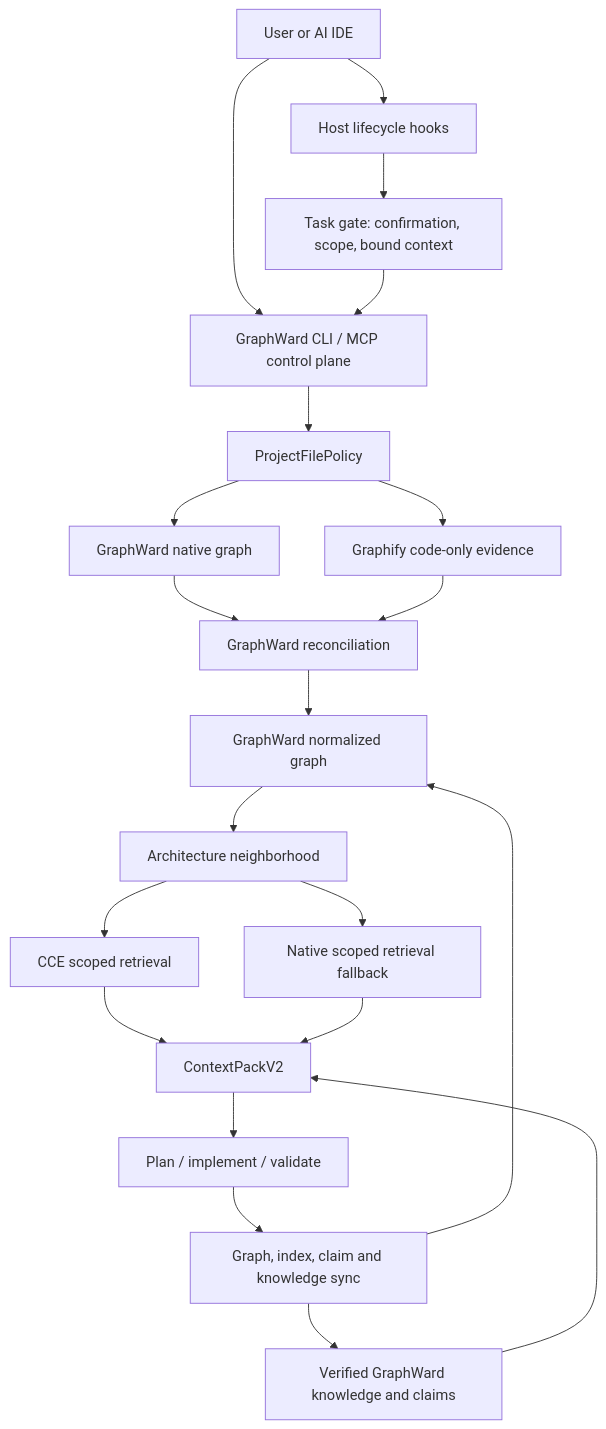
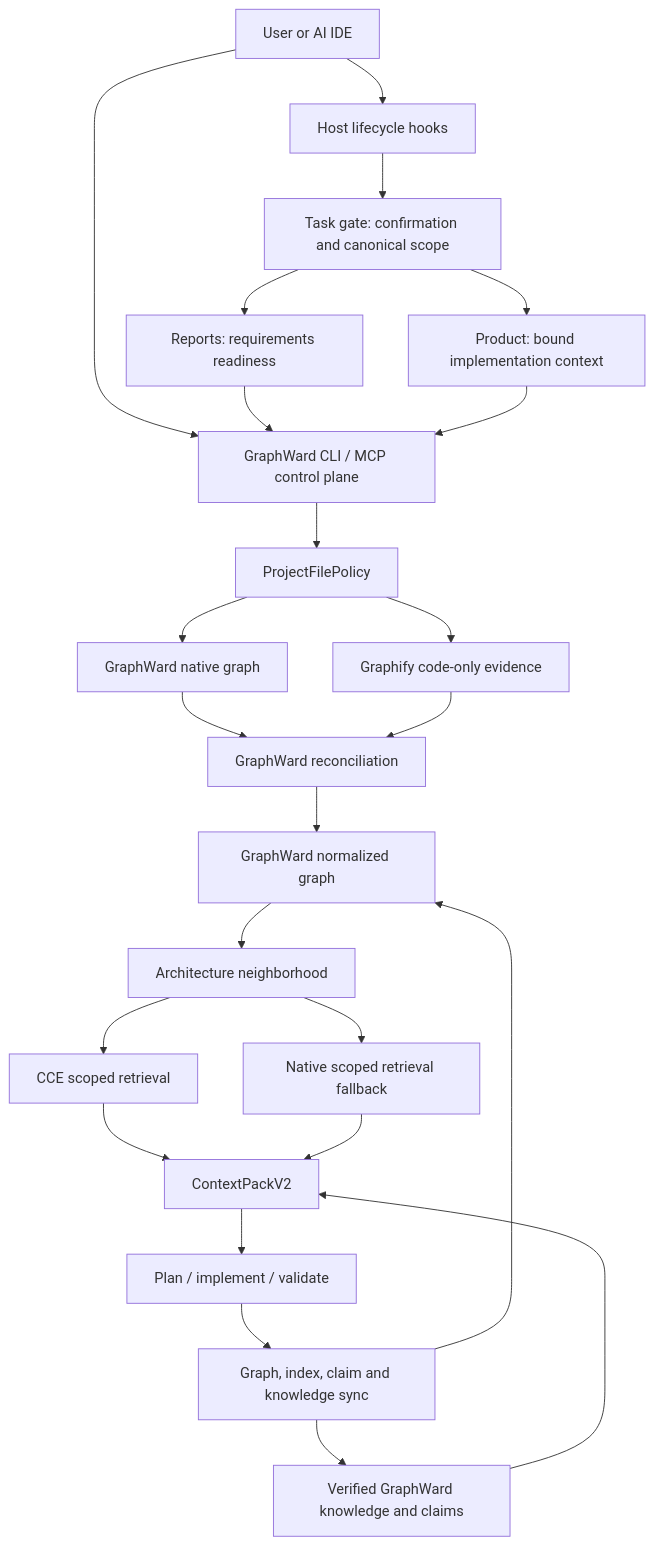
One commit to vinideep/graphward changed the diagram in .graphward/graph/architecture-map.md. Above: the diagram before and after it, drawn with Mermaid. The commit also changed other lines of this file and 135 other files, not shown here.

````diff
--- a/.graphward/graph/architecture-map.md
+++ b/.graphward/graph/architecture-map.md
@@ -6,23 +6,26 @@
 ```mermaid
 flowchart TD
     User[User or AI IDE] --> GW[GraphWard CLI / MCP control plane]
     User --> Hooks[Host lifecycle hooks]
-    Hooks --> Gate[Task gate: confirmation, scope, bound context]
-    Gate --> GW
+    Hooks --> Gate[Task gate: confirmation and canonical scope]
+    Gate --> Report[Reports: requirements readiness]
+    Gate --> Product[Product: bound implementation context]
+    Report --> GW
+    Product --> GW
     GW --> Policy[ProjectFilePolicy]
     Policy --> Native[GraphWard native graph]
     Policy --> Graphify[Graphify code-only evidence]
     Native --> Reconcile[GraphWard reconciliation]
     Graphify --> Reconcile
     Reconcile --> Canonical[GraphWard normalized graph]
     Canonical --> Scope[Architecture neighborhood]
     Scope --> CCE[CCE scoped retrieval]
     Scope --> NativeSearch[Native scoped retrieval fallback]
     CCE --> Pack[ContextPackV2]
     NativeSearch --> Pack
     Knowledge[Verified GraphWard knowledge and claims] --> Pack
     Pack --> Plan[Plan / implement / validate]
     Plan --> Sync[Graph, index, claim and knowledge sync]
     Sync --> Canonical
     Sync --> Knowledge
 ```
````
